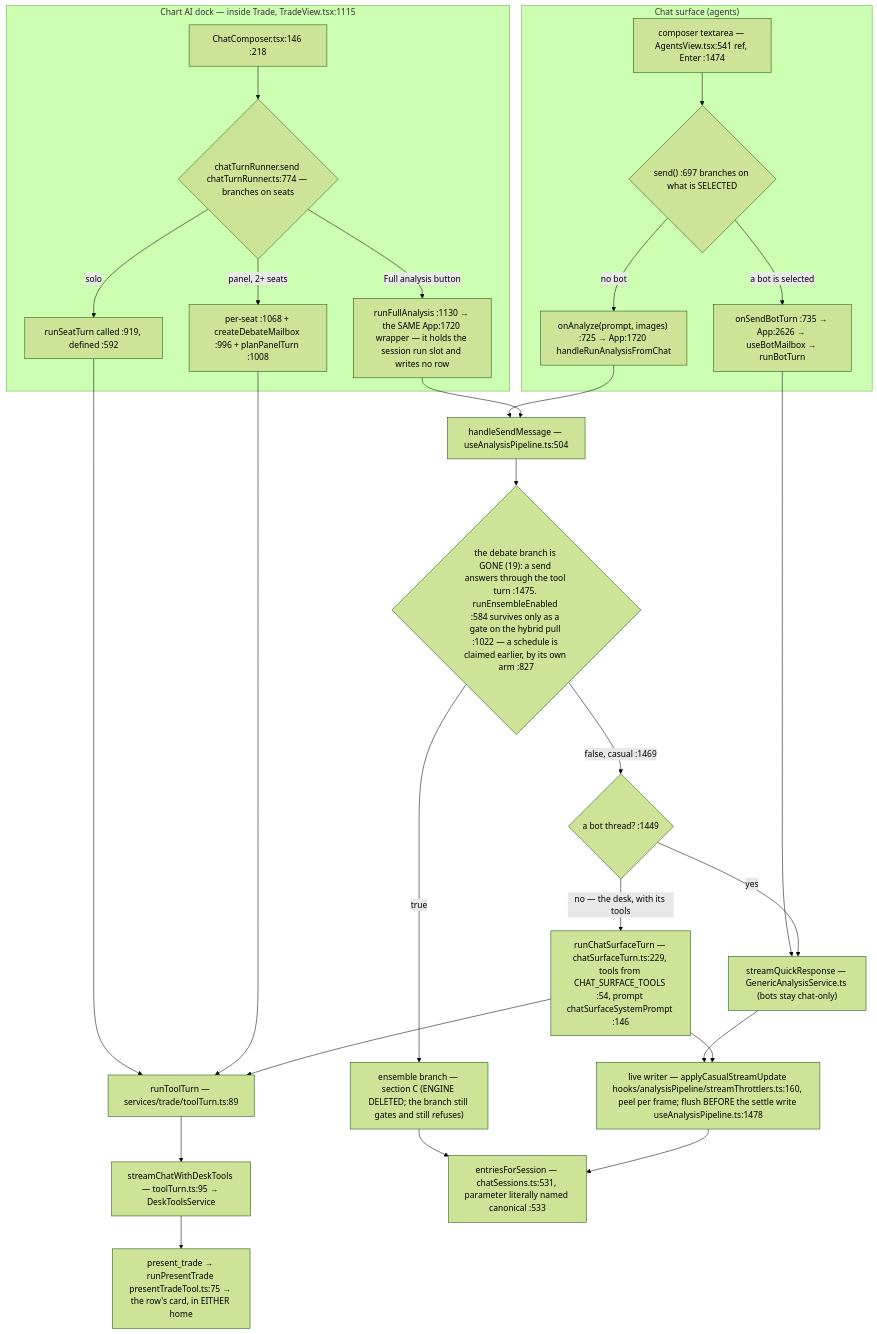
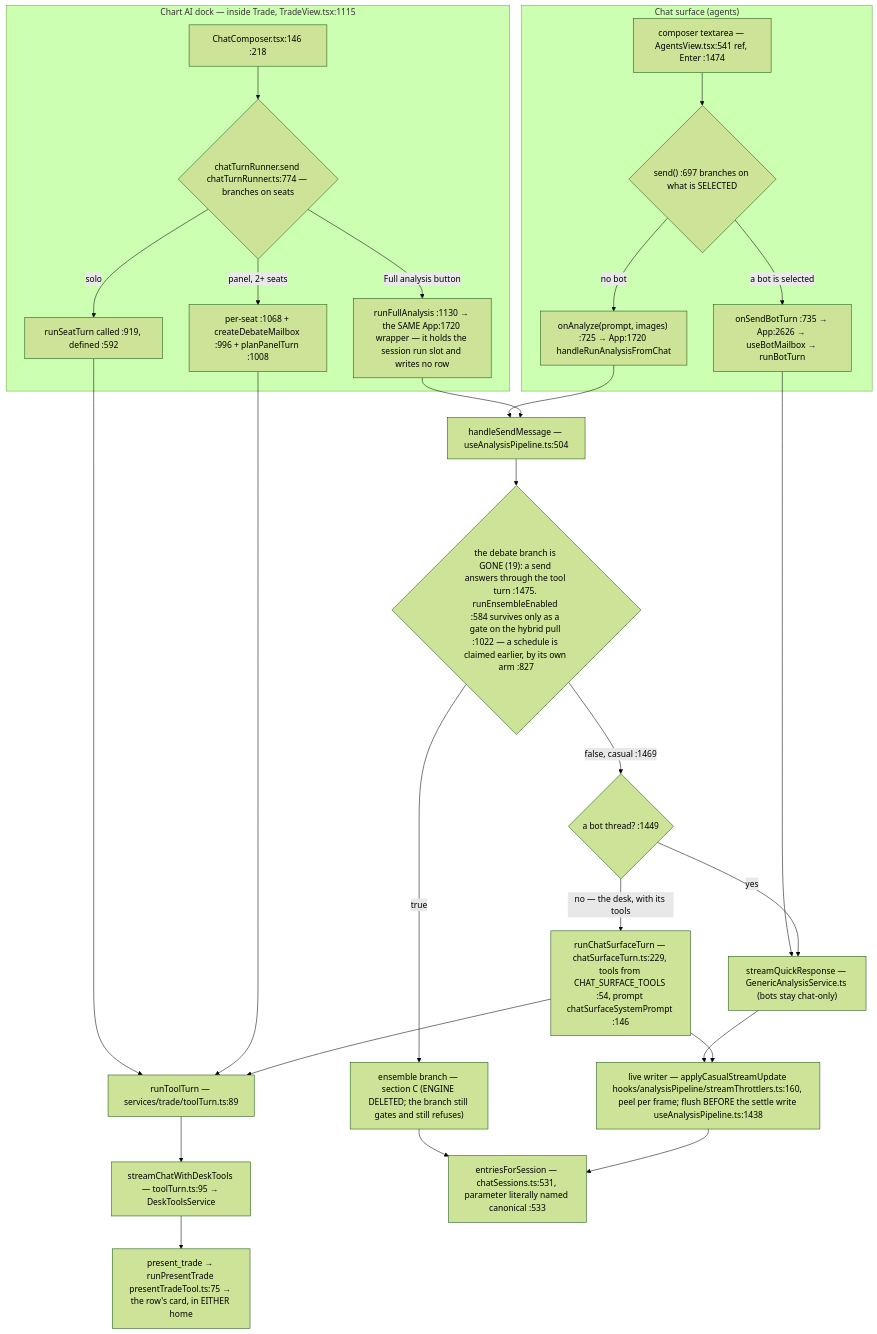
One commit to Acepay25/august-3.5 changed the second of 7 diagrams in docs/app-flow.md. Above: the diagram before and after it, drawn with Mermaid (forest theme). The commit also changed other lines of this file and 5 other files, not shown here.

````diff
--- a/docs/app-flow.md
+++ b/docs/app-flow.md
@@ -50,31 +50,31 @@
 ```mermaid
 flowchart TD
     subgraph CHAT["Chat surface (agents)"]
         CB["composer textarea — AgentsView.tsx:541 ref, Enter :1474"] --> D1{"send() :697 branches on what is SELECTED"}
         D1 -->|a bot is selected| BOT["onSendBotTurn :735 → App:2626 → useBotMailbox → runBotTurn"]
         D1 -->|no bot| AN["onAnalyze(prompt, images) :725 → App:1720 handleRunAnalysisFromChat"]
     end
     subgraph DOCK["Chart AI dock — inside Trade, TradeView.tsx:1115"]
         DC["ChatComposer.tsx:146 :218"] --> D2{"chatTurnRunner.send chatTurnRunner.ts:774 — branches on seats"}
         D2 -->|solo| SO["runSeatTurn called :919, defined :592"]
         D2 -->|panel, 2+ seats| PN["per-seat :1068 + createDebateMailbox :996 + planPanelTurn :1008"]
         D2 -->|Full analysis button| FA["runFullAnalysis :1130 → the SAME App:1720 wrapper — it holds the session run slot and writes no row"]
     end
     SO --> TT["runToolTurn — services/trade/toolTurn.ts:89"]
     PN --> TT
     TT --> SCDT["streamChatWithDeskTools — toolTurn.ts:95 → DeskToolsService"]
     BOT --> TR["streamQuickResponse — GenericAnalysisService.ts (bots stay chat-only)"]
     AN --> HSM["handleSendMessage — useAnalysisPipeline.ts:504"]
     FA --> HSM
     HSM --> D3{"the debate branch is GONE (19): a send answers through the tool turn :1475. runEnsembleEnabled :584 survives only as a gate on the hybrid pull :1022 — a schedule is claimed earlier, by its own arm :827"}
     D3 -->|true| ENS["ensemble branch — section C (ENGINE DELETED; the branch still gates and still refuses)"]
     D3 -->|false, casual :1469| SPLIT{"a bot thread? :1449"}
     SPLIT -->|yes| TR
     SPLIT -->|no — the desk, with its tools| CST["runChatSurfaceTurn — chatSurfaceTurn.ts:229, tools from CHAT_SURFACE_TOOLS :54, prompt chatSurfaceSystemPrompt :146"]
     CST --> TT
-    TR --> LW["live writer — applyCasualStreamUpdate hooks/analysisPipeline/streamThrottlers.ts:160, peel per frame; flush BEFORE the settle write useAnalysisPipeline.ts:1478"]
+    TR --> LW["live writer — applyCasualStreamUpdate hooks/analysisPipeline/streamThrottlers.ts:160, peel per frame; flush BEFORE the settle write useAnalysisPipeline.ts:1438"]
     CST --> LW
     ENS --> MERGE
     LW --> MERGE["entriesForSession — chatSessions.ts:531, parameter literally named canonical :533"]
     SCDT --> PT["present_trade → runPresentTrade presentTradeTool.ts:75 → the row's card, in EITHER home"]
 ```
````
